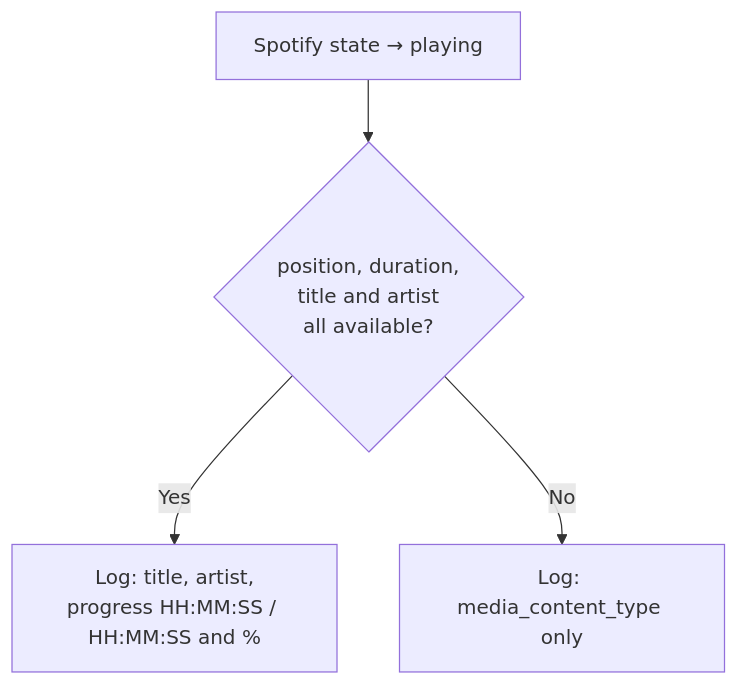
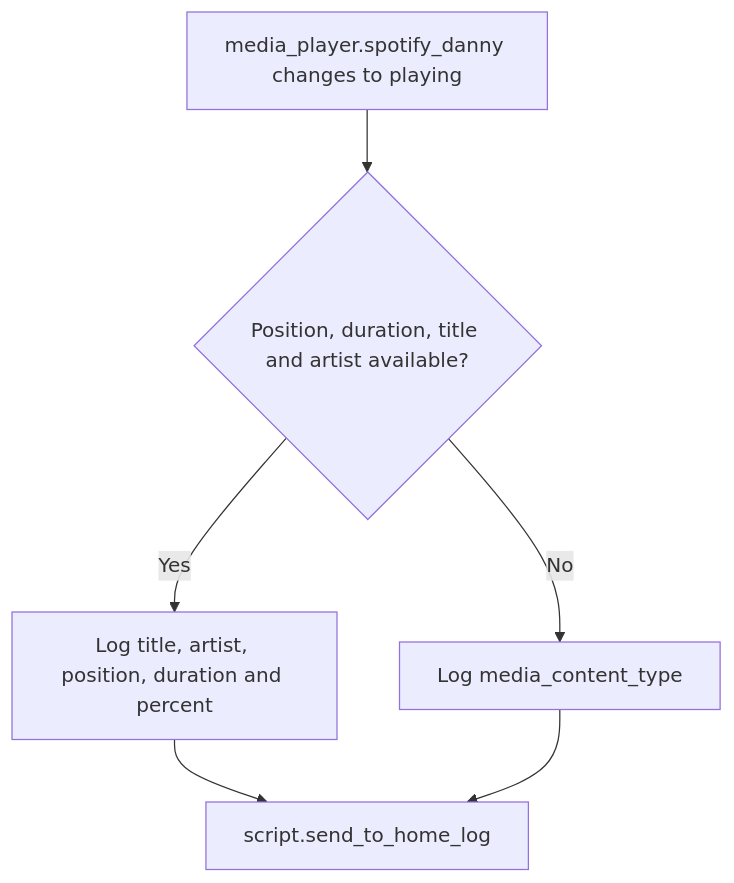
The diagram in packages/integrations/spotify_README.md (dannytsang/homeassistant-config), drawn with Mermaid before and after one commit. The commit also changed other lines of this file and 60 other files, not shown here.

````diff
--- a/packages/integrations/spotify_README.md
+++ b/packages/integrations/spotify_README.md
@@ -23,6 +26,8 @@
 ```mermaid
 flowchart TD
-    A[Spotify state → playing] --> B{position, duration,\ntitle and artist\nall available?}
-    B -->|Yes| C[Log: title, artist,\nprogress HH:MM:SS / HH:MM:SS and %]
-    B -->|No| D[Log: media_content_type only]
+    Playing[media_player.spotify_danny changes to playing] --> Metadata{Position, duration, title and artist available?}
+    Metadata -->|Yes| FullLog[Log title, artist, position, duration and percent]
+    Metadata -->|No| BasicLog[Log media_content_type]
+    FullLog --> HomeLog[script.send_to_home_log]
+    BasicLog --> HomeLog
 ```
````
